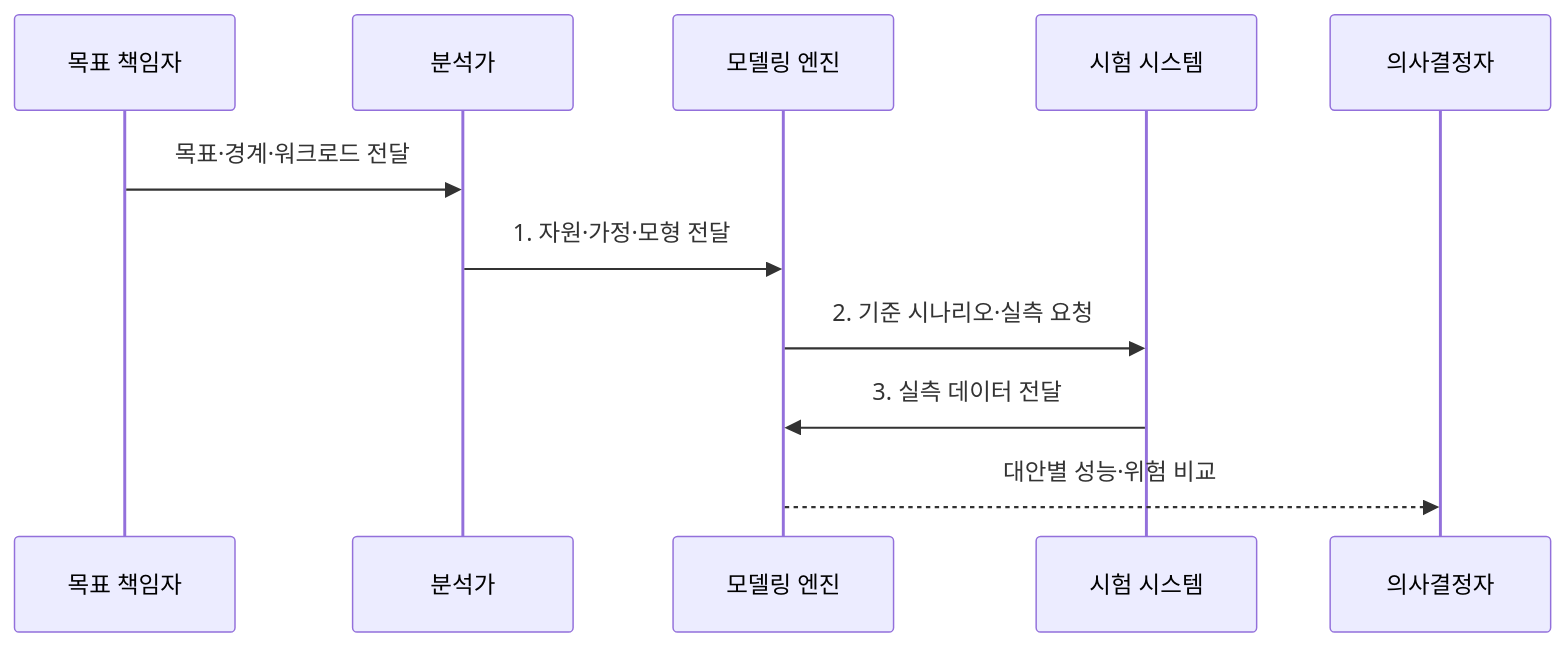
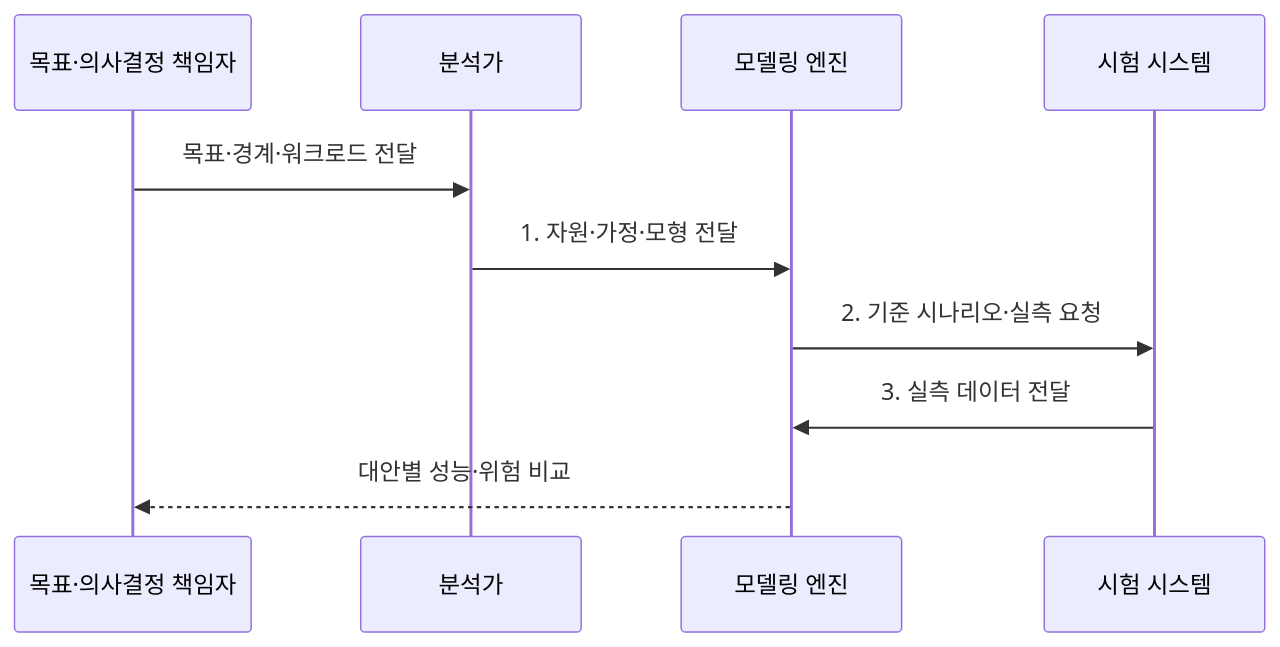
Before and after one commit to agnusdei1207/knowledge-base: the second of 2 diagrams in src/content/docs/notes/06-evaluation/011_performance_modeling.md, drawn with Mermaid. The commit also changed 1 other file, not shown here.

Commit message:
Merge evaluation decision endpoints

````diff
--- a/src/content/docs/notes/06-evaluation/011_performance_modeling.md
+++ b/src/content/docs/notes/06-evaluation/011_performance_modeling.md
@@ -96,13 +96,12 @@
 ```mermaid
 sequenceDiagram
-  participant O as 목표 책임자
+  participant O as 목표·의사결정 책임자
   participant A as 분석가
   participant M as 모델링 엔진
   participant T as 시험 시스템
-  participant D as 의사결정자
   O->>A: 목표·경계·워크로드 전달
   A->>M: 1. 자원·가정·모형 전달
   M->>T: 2. 기준 시나리오·실측 요청
   T->>M: 3. 실측 데이터 전달
-  M-->>D: 대안별 성능·위험 비교
+  M-->>O: 대안별 성능·위험 비교
 ```
````
